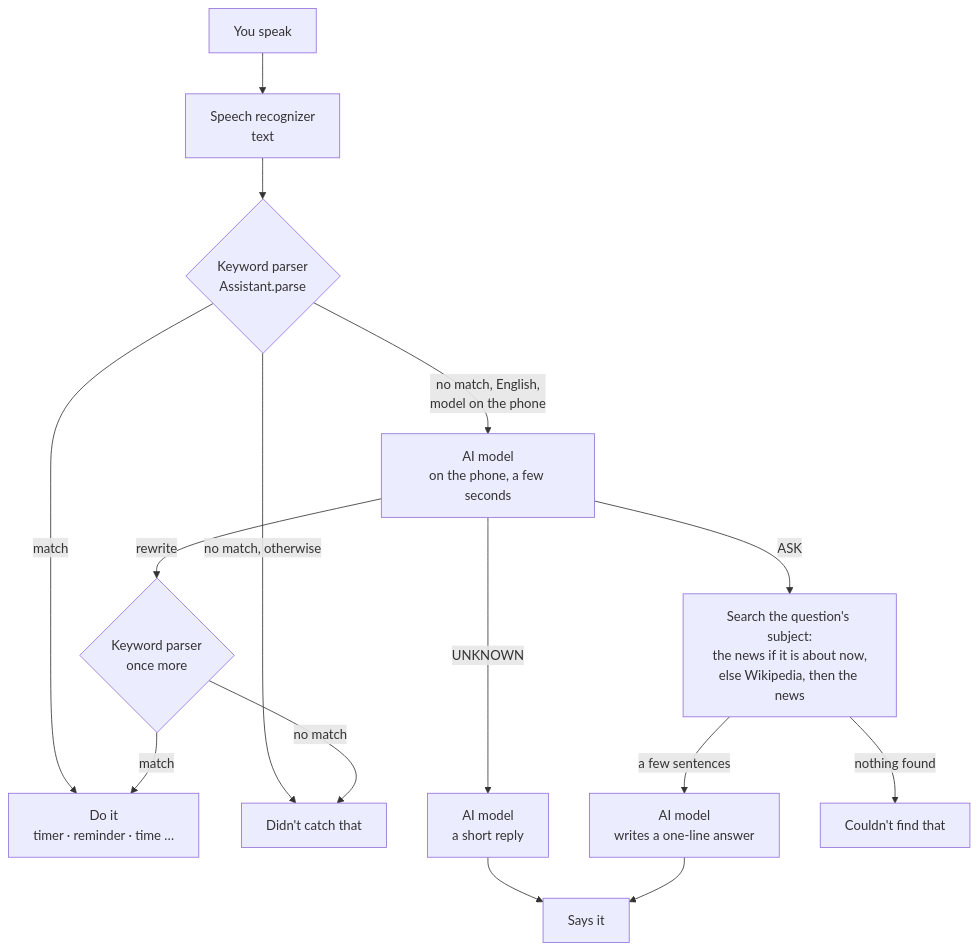
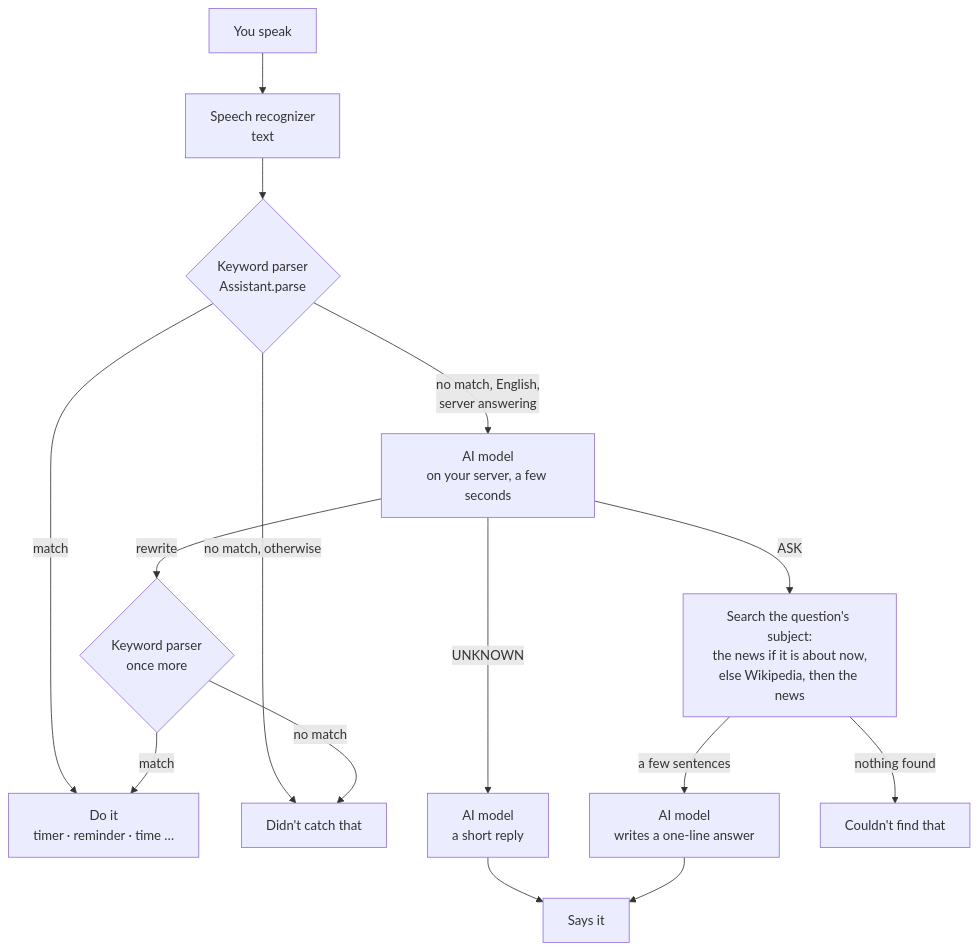
Before and after one commit to dorjelama/node01-afterlife: the diagram in README.md, drawn with Mermaid. The commit also changed other lines of this file and 8 other files, not shown here.

First line of the commit message:
Ask NODE's model on our own server, not the phone

````diff
--- a/README.md
+++ b/README.md
@@ -193,17 +195,17 @@
 ```mermaid
 flowchart TD
     S["You speak"] --> R["Speech recognizer<br/>text"]
     R --> KW{"Keyword parser<br/>Assistant.parse"}
     KW -- "match" --> ACT["Do it<br/>timer · reminder · time …"]
-    KW -- "no match, English,<br/>model on the phone" --> M["AI model<br/>on the phone, a few seconds"]
+    KW -- "no match, English,<br/>server answering" --> M["AI model<br/>on your server, a few seconds"]
     KW -- "no match, otherwise" --> NO["Didn't catch that"]
     M -- "rewrite" --> KW2{"Keyword parser<br/>once more"}
     KW2 -- "match" --> ACT
     KW2 -- "no match" --> NO
     M -- "UNKNOWN" --> C["AI model<br/>a short reply"]
     C --> SAY
     M -- "ASK" --> W["Search the question's subject:<br/>the news if it is about now,<br/>else Wikipedia, then the news"]
     W -- "a few sentences" --> A["AI model<br/>writes a one-line answer"]
     A --> SAY["Says it"]
     W -- "nothing found" --> NF["Couldn't find that"]
 ```
````
